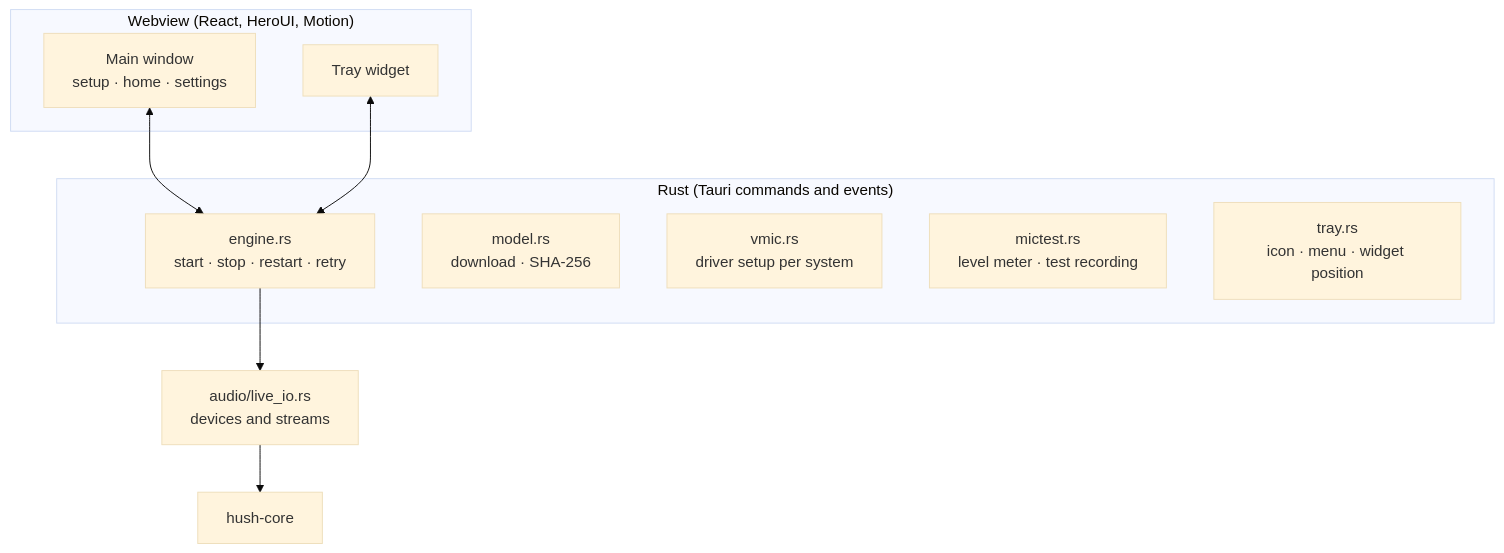
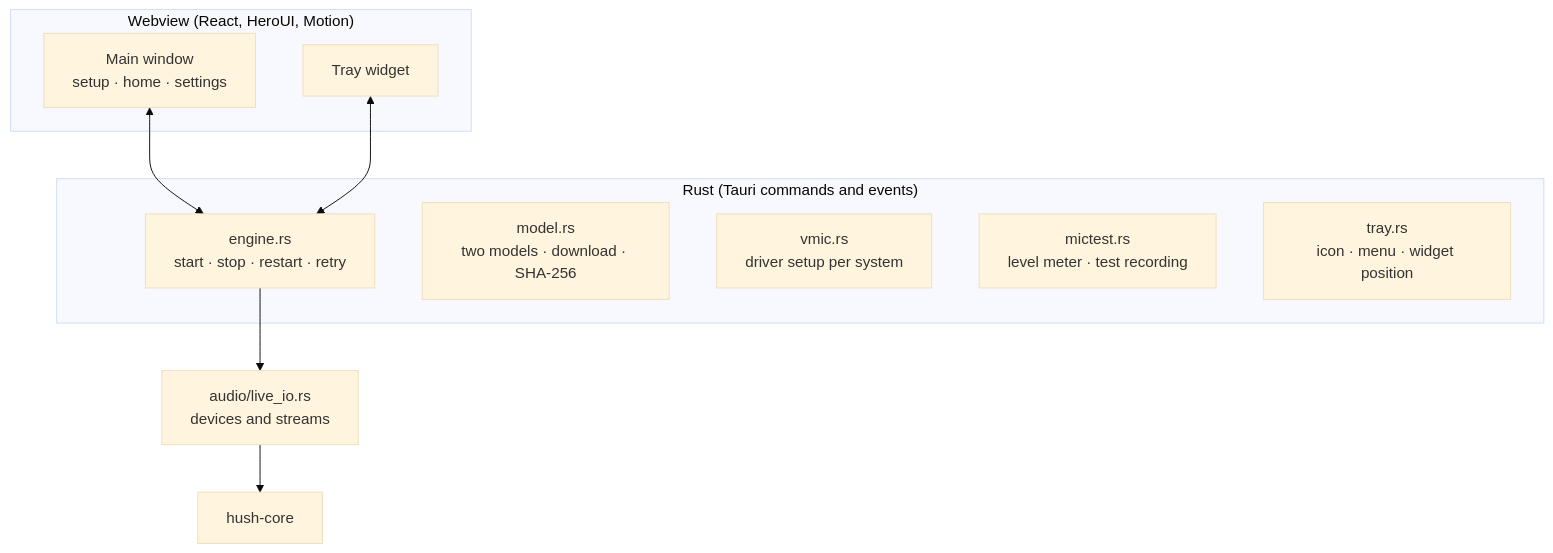
Before and after one commit to alshell7/hush-ai: the second of 2 diagrams in docs/ARCHITECTURE.md, drawn with Mermaid (base theme). The commit also changed other lines of this file and 45 other files, not shown here.

````diff
--- a/docs/ARCHITECTURE.md
+++ b/docs/ARCHITECTURE.md
@@ -87,18 +94,18 @@
 ```mermaid
 flowchart TB
   subgraph Webview["Webview (React, HeroUI, Motion)"]
     M["Main window<br/>setup · home · settings"]
     W["Tray widget"]
   end
   subgraph Rust["Rust (Tauri commands and events)"]
     E["engine.rs<br/>start · stop · restart · retry"]
-    MO["model.rs<br/>download · SHA-256"]
+    MO["model.rs<br/>two models · download · SHA-256"]
     V["vmic.rs<br/>driver setup per system"]
     T["mictest.rs<br/>level meter · test recording"]
     TR["tray.rs<br/>icon · menu · widget position"]
   end
   M <--> E
   W <--> E
   E --> L["audio/live_io.rs<br/>devices and streams"]
   L --> C["hush-core"]
 ```
````
